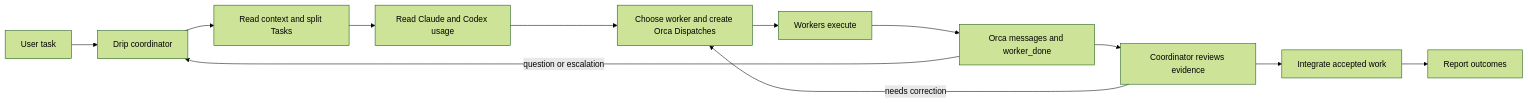
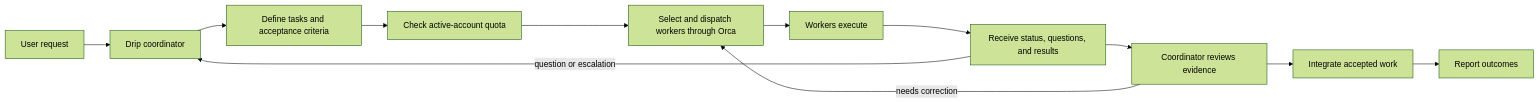
One commit to encryptedarc/robusta changed the first of 2 diagrams in README.md. Above: the diagram before and after it, drawn with Mermaid (forest theme). The commit also changed other lines of this file and 1 other file, not shown here.

````diff
--- a/README.md
+++ b/README.md
@@ -29,14 +31,14 @@
 ```mermaid
 flowchart LR
-    U[User task] --> C[Drip coordinator]
-    C --> S[Read context and split Tasks]
-    S --> Q[Read Claude and Codex usage]
-    Q --> R[Choose worker and create Orca Dispatches]
+    U[User request] --> C[Drip coordinator]
+    C --> S[Define tasks and acceptance criteria]
+    S --> Q[Check active-account quota]
+    Q --> R[Select and dispatch workers through Orca]
     R --> W[Workers execute]
-    W --> M[Orca messages and worker_done]
+    W --> M[Receive status, questions, and results]
     M --> V[Coordinator reviews evidence]
     V --> I[Integrate accepted work]
     I --> O[Report outcomes]
     M -->|question or escalation| C
     V -->|needs correction| R
 ```
````
